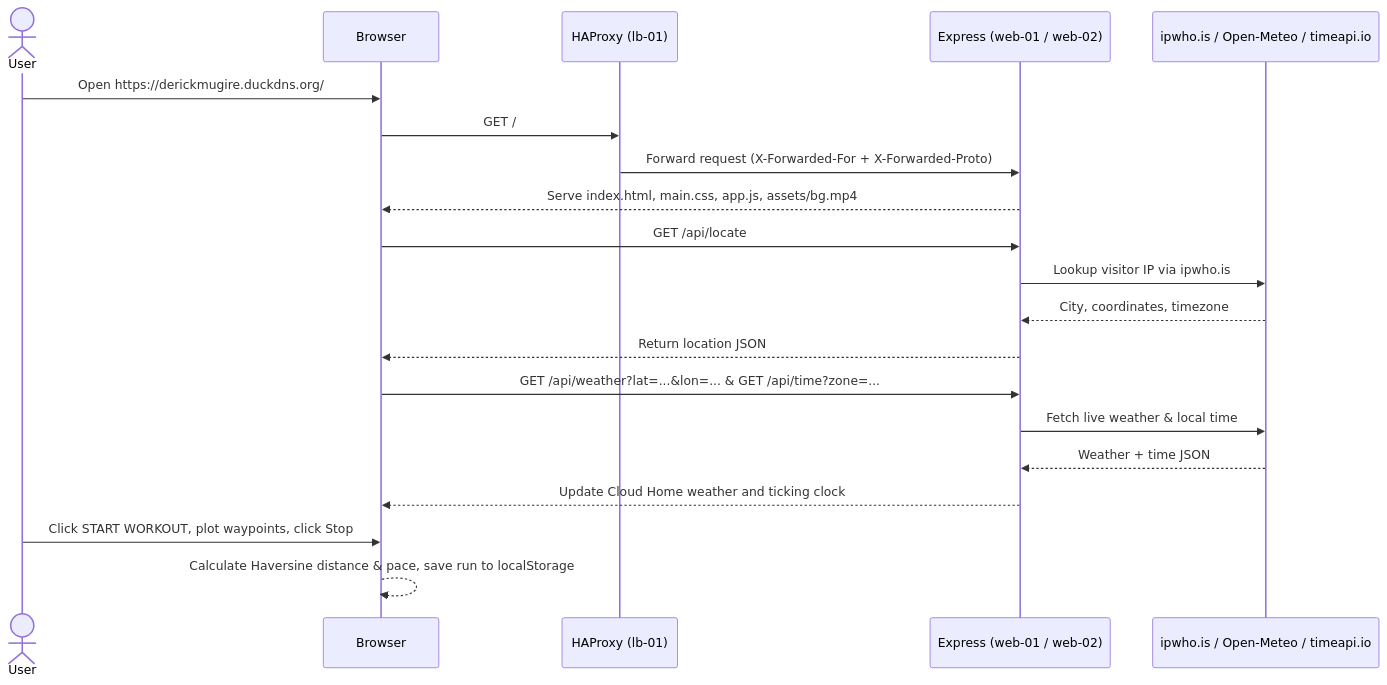
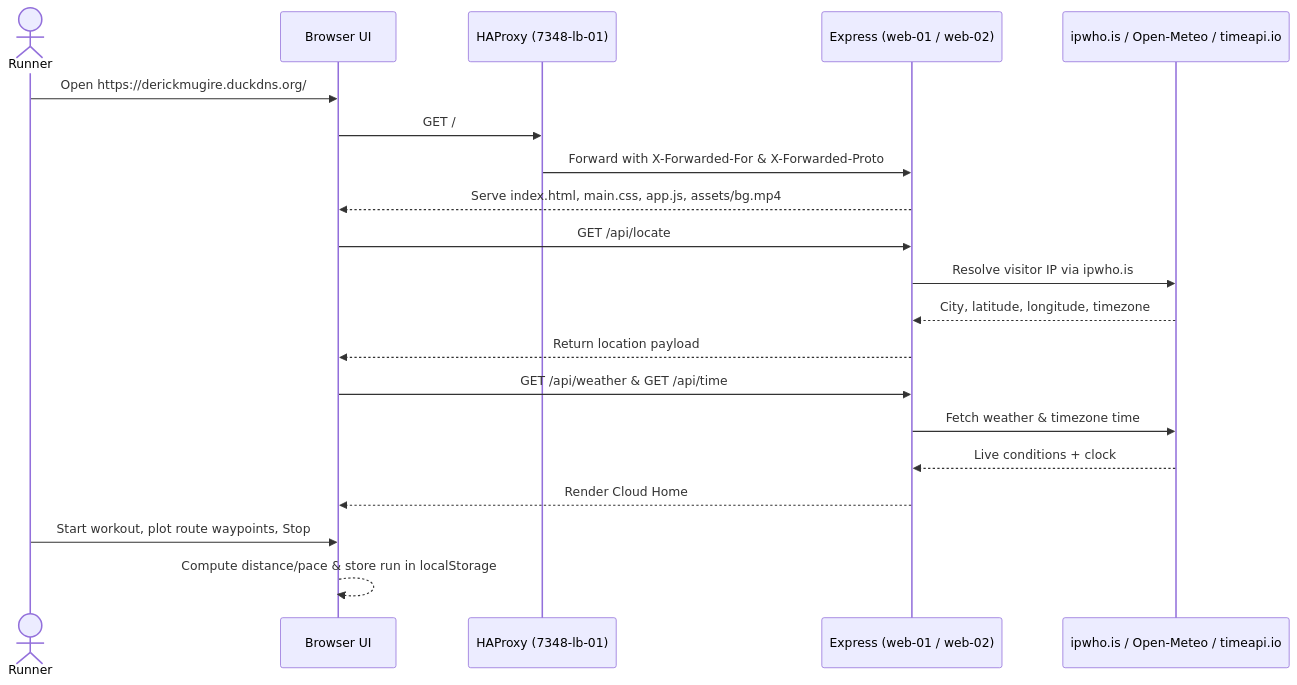
The second of 2 diagrams in README.md (DerrickMugire/Stride), drawn with Mermaid before and after one commit. The commit also changed other lines of this file, not shown here.

````diff
--- a/README.md
+++ b/README.md
@@ -56,26 +42,26 @@
 ```mermaid
 sequenceDiagram
-    actor User
-    participant Browser
-    participant LB as HAProxy (lb-01)
-    participant App as Express (web-01 / web-02)
-    participant APIs as ipwho.is / Open-Meteo / timeapi.io
+    actor Runner
+    participant UI as Browser UI
+    participant LB as HAProxy (7348-lb-01)
+    participant API as Express (web-01 / web-02)
+    participant Upstream as ipwho.is / Open-Meteo / timeapi.io
 
-    User->>Browser: Open https://derickmugire.duckdns.org/
-    Browser->>LB: GET /
-    LB->>App: Forward request (X-Forwarded-For + X-Forwarded-Proto)
-    App-->>Browser: Serve index.html, main.css, app.js, assets/bg.mp4
+    Runner->>UI: Open https://derickmugire.duckdns.org/
+    UI->>LB: GET /
+    LB->>API: Forward with X-Forwarded-For & X-Forwarded-Proto
+    API-->>UI: Serve index.html, main.css, app.js, assets/bg.mp4
 
-    Browser->>App: GET /api/locate
-    App->>APIs: Lookup visitor IP via ipwho.is
-    APIs-->>App: City, coordinates, timezone
-    App-->>Browser: Return location JSON
+    UI->>API: GET /api/locate
+    API->>Upstream: Resolve visitor IP via ipwho.is
+    Upstream-->>API: City, latitude, longitude, timezone
+    API-->>UI: Return location payload
 
-    Browser->>App: GET /api/weather?lat=...&lon=... & GET /api/time?zone=...
-    App->>APIs: Fetch live weather & local time
-    APIs-->>App: Weather + time JSON
-    App-->>Browser: Update Cloud Home weather and ticking clock
+    UI->>API: GET /api/weather & GET /api/time
+    API->>Upstream: Fetch weather & timezone time
+    Upstream-->>API: Live conditions + clock
+    API-->>UI: Render Cloud Home
 
-    User->>Browser: Click START WORKOUT, plot waypoints, click Stop
-    Browser-->>Browser: Calculate Haversine distance & pace, save run to localStorage
+    Runner->>UI: Start workout, plot route waypoints, Stop
+    UI-->>UI: Compute distance/pace & store run in localStorage
 ```
````
